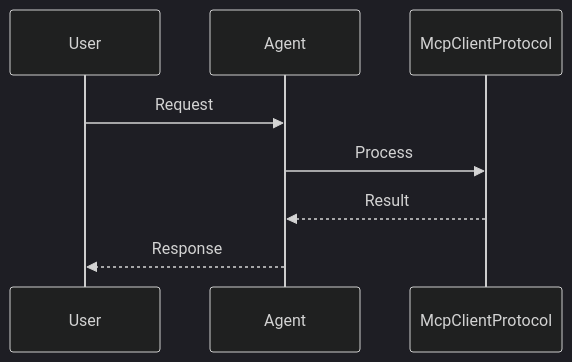
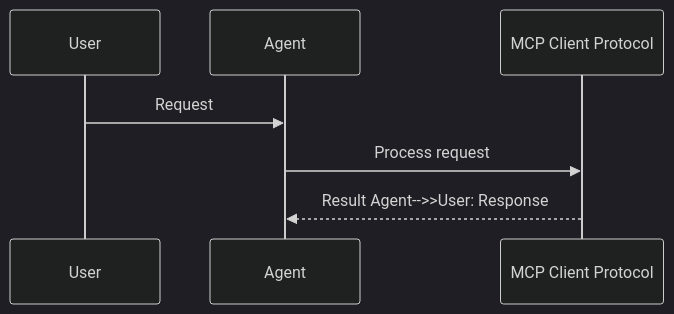
One commit to MervinPraison/PraisonAIDocs changed the second of 2 diagrams in docs/features/mcp-client-protocol.mdx. Above: the diagram before and after it, drawn with Mermaid (dark theme). The commit also changed 204 other files, not shown here.

First line of the commit message:
docs: align feature/tool pages with AGENTS.md hero + sequence + import standards (fixes #1775)

````diff
--- a/docs/features/mcp-client-protocol.mdx
+++ b/docs/features/mcp-client-protocol.mdx
@@ -38,11 +38,10 @@
 ```mermaid
 sequenceDiagram
     participant User
     participant Agent
-    participant McpClientProtocol
+    participant Feature as MCP Client Protocol
 
     User->>Agent: Request
-    Agent->>McpClientProtocol: Process
-    McpClientProtocol-->>Agent: Result
-    Agent-->>User: Response
+    Agent->>Feature: Process request
+    Feature-->>Agent: Result    Agent-->>User: Response
 ```
````
